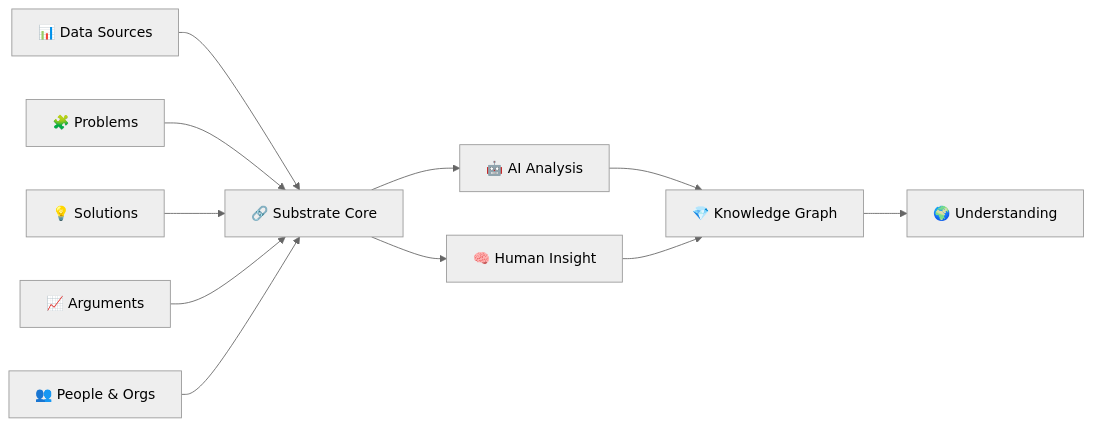
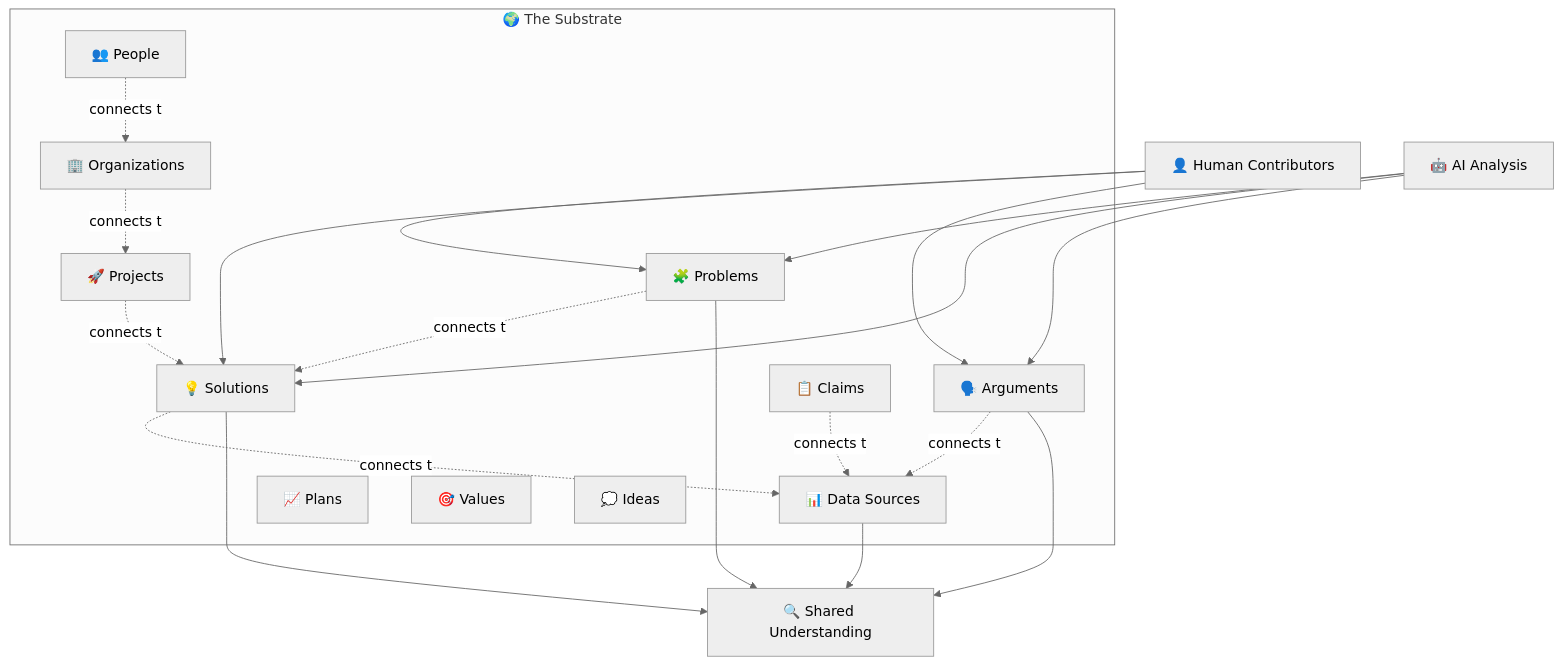
One commit to danielmiessler/Substrate changed the diagram in README.md. Above: the diagram before and after it, drawn with Mermaid (neutral theme). The commit also changed other lines of this file, not shown here.

Commit message:
Refocus intro on collaborative knowledge substrate vision
Changed from narrow wellbeing-data focus to broader substrate concept:
- Substrate as shared foundation/base layer for human knowledge
- One place to connect Problems, Solutions, Arguments, Data, People, Orgs
- Vision: collaborative components anyone can contribute and explore together
- Updated Mermaid diagram to show all 11 main component types
- Emphasizes connections between components, not just data

This better reflects the repository structure with 17+ subfolder types
all interconnected as a common knowledge substrate.

````diff
--- a/README.md
+++ b/README.md
@@ -53,13 +56,36 @@
 ```mermaid
-graph LR
-    A[📊 Data Sources] --> B[🔗 Substrate Core]
-    C[🧩 Problems] --> B
-    D[💡 Solutions] --> B
-    E[📈 Arguments] --> B
-    F[👥 People & Orgs] --> B
-    B --> G[🤖 AI Analysis]
-    B --> H[🧠 Human Insight]
-    G --> I[💎 Knowledge Graph]
-    H --> I
-    I --> J[🌍 Understanding]
+graph TB
+    subgraph "🌍 The Substrate"
+        A[🧩 Problems]
+        B[💡 Solutions]
+        C[📊 Data Sources]
+        D[🗣️ Arguments]
+        E[📋 Claims]
+        F[👥 People]
+        G[🏢 Organizations]
+        H[🚀 Projects]
+        I[📈 Plans]
+        J[🎯 Values]
+        K[💭 Ideas]
+    end
+
+    L[👤 Human Contributors] --> A
+    L --> B
+    L --> D
+    M[🤖 AI Analysis] --> A
+    M --> B
+    M --> D
+
+    A -.connects to.-> B
+    B -.connects to.-> C
+    D -.connects to.-> C
+    E -.connects to.-> C
+    F -.connects to.-> G
+    G -.connects to.-> H
+    H -.connects to.-> B
+
+    A --> N[🔍 Shared Understanding]
+    B --> N
+    C --> N
+    D --> N
 ```
````
